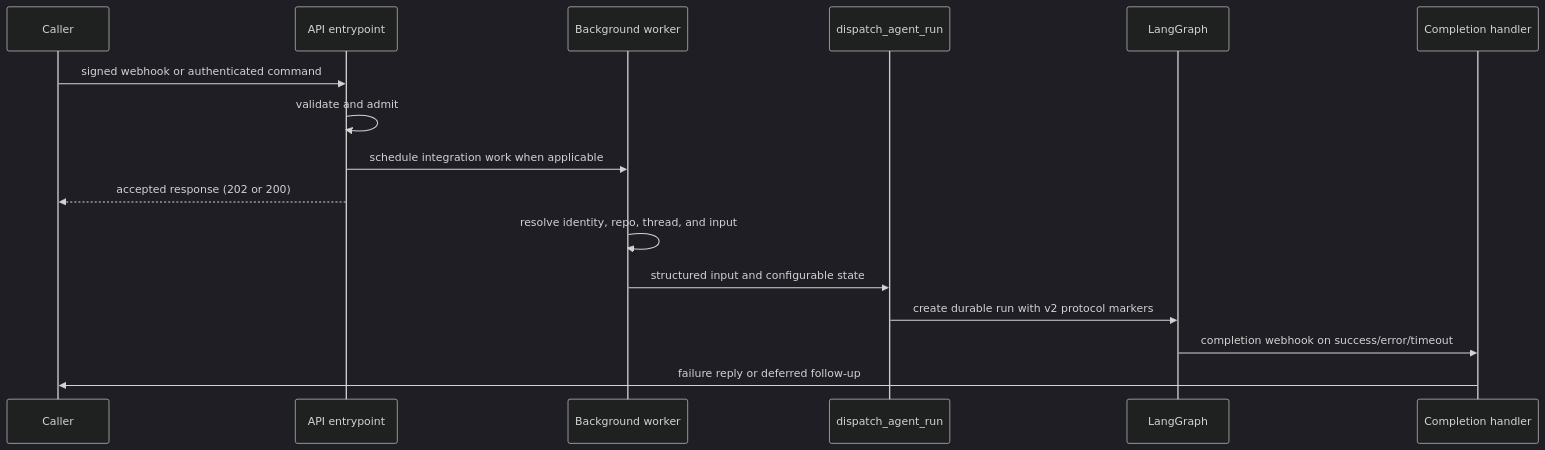
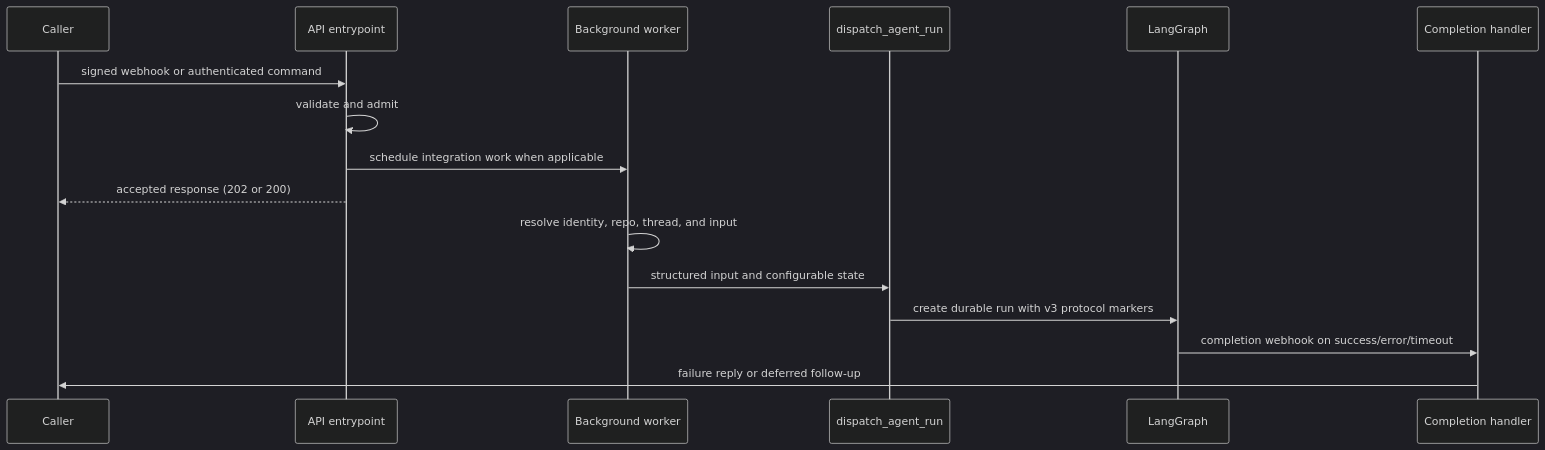
One commit to aeteq/open-swe changed the diagram in openwiki/workflows/invocation.md. Above: the diagram before and after it, drawn with Mermaid (dark theme). The commit also changed other lines of this file and 43 other files, not shown here.

````diff
--- a/openwiki/workflows/invocation.md
+++ b/openwiki/workflows/invocation.md
@@ -51,19 +45,19 @@
 ```mermaid
 sequenceDiagram
     participant Caller
     participant Entry as API entrypoint
     participant Worker as Background worker
     participant Dispatch as dispatch_agent_run
     participant LG as LangGraph
     participant Complete as Completion handler
 
     Caller->>Entry: signed webhook or authenticated command
     Entry->>Entry: validate and admit
     Entry->>Worker: schedule integration work when applicable
     Entry-->>Caller: accepted response (202 or 200)
     Worker->>Worker: resolve identity, repo, thread, and input
     Worker->>Dispatch: structured input and configurable state
-    Dispatch->>LG: create durable run with v2 protocol markers
+    Dispatch->>LG: create durable run with v3 protocol markers
     LG->>Complete: completion webhook on success/error/timeout
     Complete->>Caller: failure reply or deferred follow-up
 ```
````
